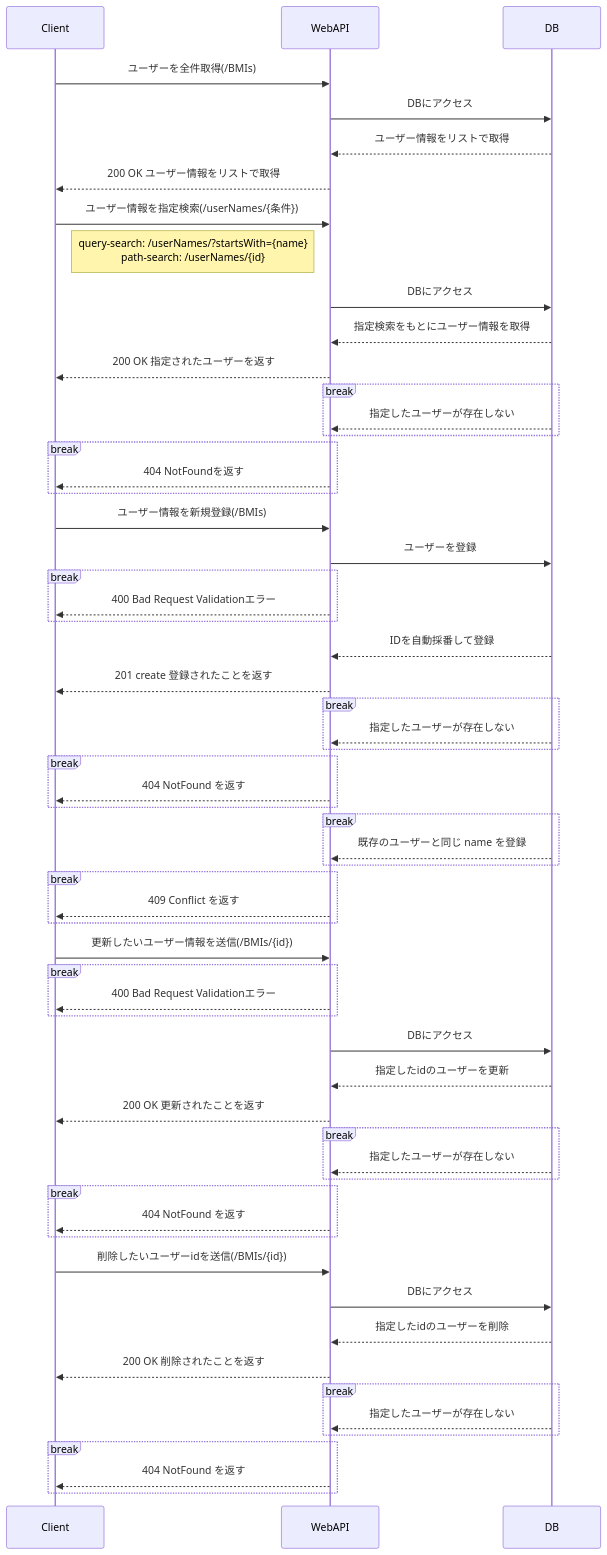
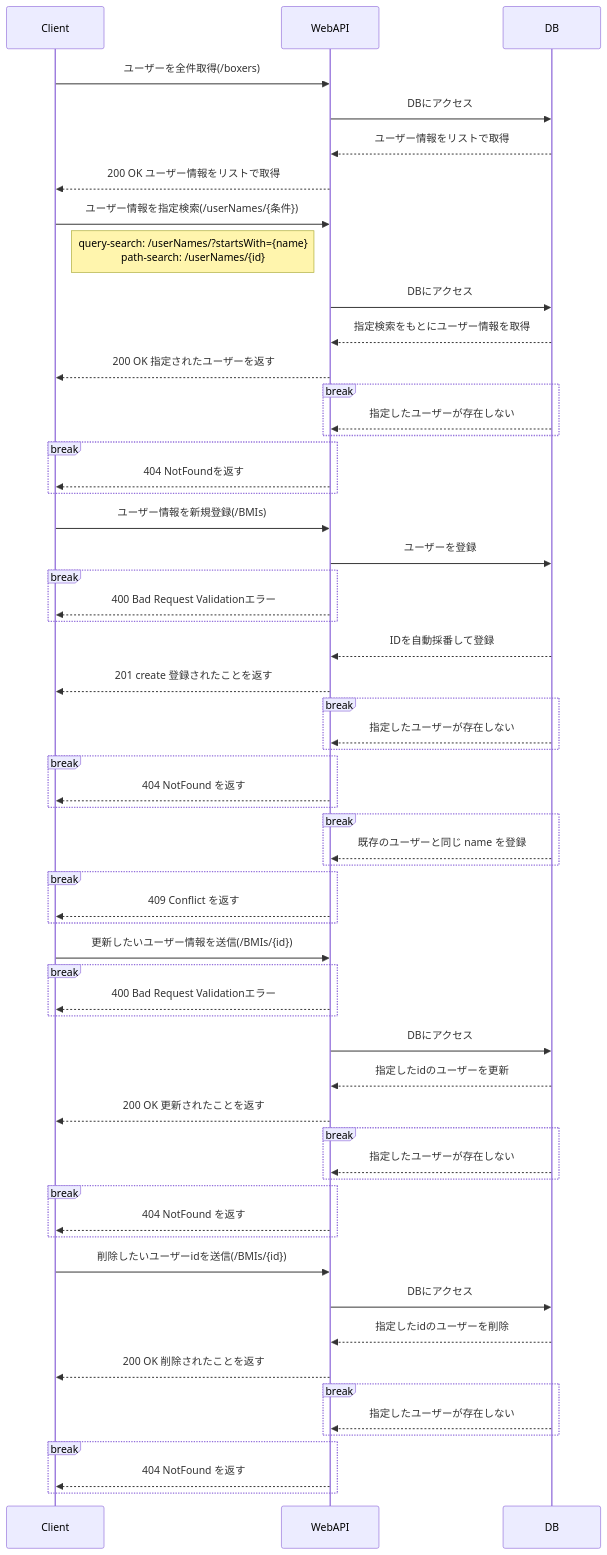
The diagram in README.md (koikekatsumi/boxinglist), drawn with Mermaid before and after one commit.

````diff
--- a/README.md
+++ b/README.md
@@ -3,63 +3,63 @@
 ```mermaid
 sequenceDiagram
-    Client ->> WebAPI: ユーザーを全件取得(/BMIs)
+    Client ->> WebAPI: ユーザーを全件取得(/boxers)
     WebAPI ->> DB: DBにアクセス
     DB -->> WebAPI: ユーザー情報をリストで取得
     WebAPI -->> Client: 200 OK ユーザー情報をリストで取得
     Client ->> WebAPI: ユーザー情報を指定検索(/userNames/{条件})
     participant Client
     Note right of Client: query-search: /userNames/?startsWith={name} <br> path-search: /userNames/{id}
     WebAPI ->> DB: DBにアクセス
     DB -->> WebAPI: 指定検索をもとにユーザー情報を取得
     WebAPI -->> Client: 200 OK 指定されたユーザーを返す
     break
         DB -->> WebAPI: 指定したユーザーが存在しない
     end
     break
         WebAPI -->> Client: 404 NotFoundを返す
     end
 
     Client ->> WebAPI: ユーザー情報を新規登録(/BMIs)
     WebAPI ->> DB: ユーザーを登録
     break
         WebAPI -->> Client: 400 Bad Request Validationエラー
     end
     DB -->> WebAPI: IDを自動採番して登録
     WebAPI -->> Client: 201 create 登録されたことを返す
     break
         DB -->> WebAPI: 指定したユーザーが存在しない
     end
     break
         WebAPI -->> Client: 404 NotFound を返す
     end
     break
         DB -->> WebAPI: 既存のユーザーと同じ name を登録
     end
     break
         WebAPI -->> Client: 409 Conflict を返す
     end
     Client ->> WebAPI: 更新したいユーザー情報を送信(/BMIs/{id})
     break
         WebAPI -->> Client: 400 Bad Request Validationエラー
     end
     WebAPI ->> DB: DBにアクセス
     DB -->> WebAPI: 指定したidのユーザーを更新
     WebAPI -->> Client: 200 OK 更新されたことを返す
     break
         DB -->> WebAPI: 指定したユーザーが存在しない
     end
     break
         WebAPI -->> Client: 404 NotFound を返す
     end
 
     Client ->> WebAPI: 削除したいユーザーidを送信(/BMIs/{id})
     WebAPI ->> DB: DBにアクセス
     DB -->> WebAPI: 指定したidのユーザーを削除
     WebAPI -->> Client: 200 OK 削除されたことを返す
     break
         DB -->> WebAPI: 指定したユーザーが存在しない
     end
     break
         WebAPI -->> Client: 404 NotFound を返す
     end
 ```
````
